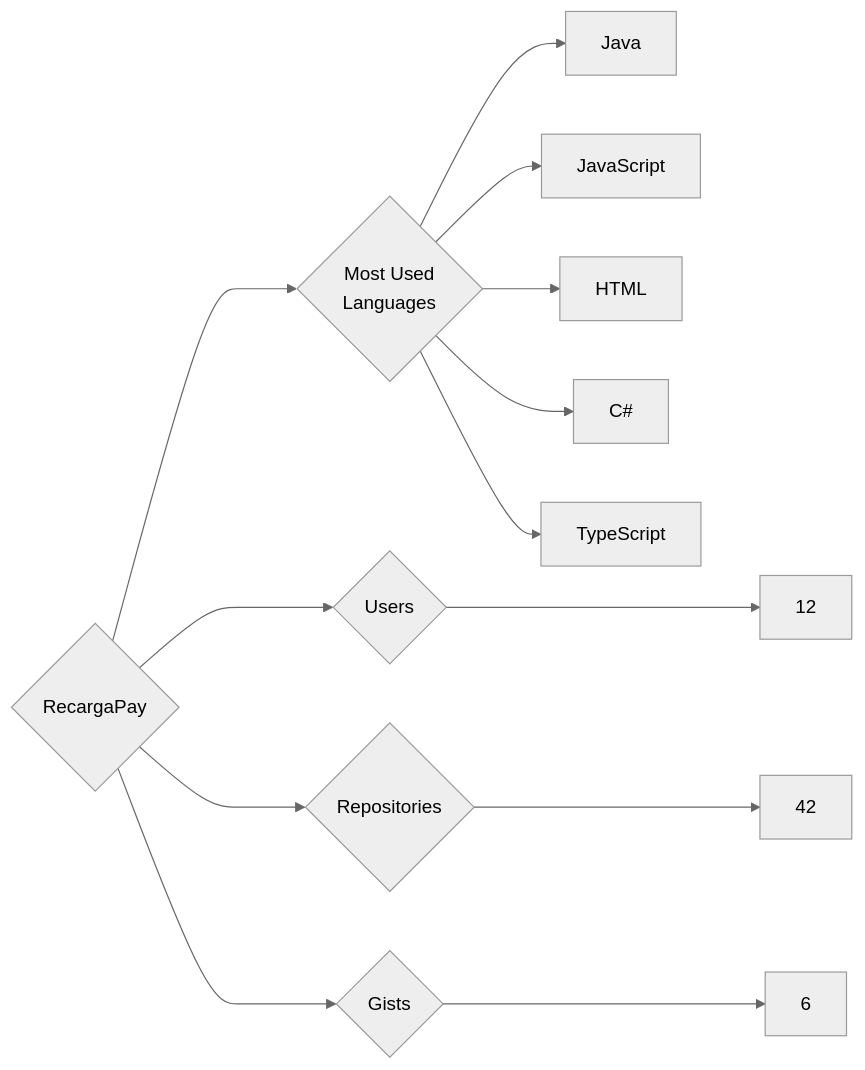
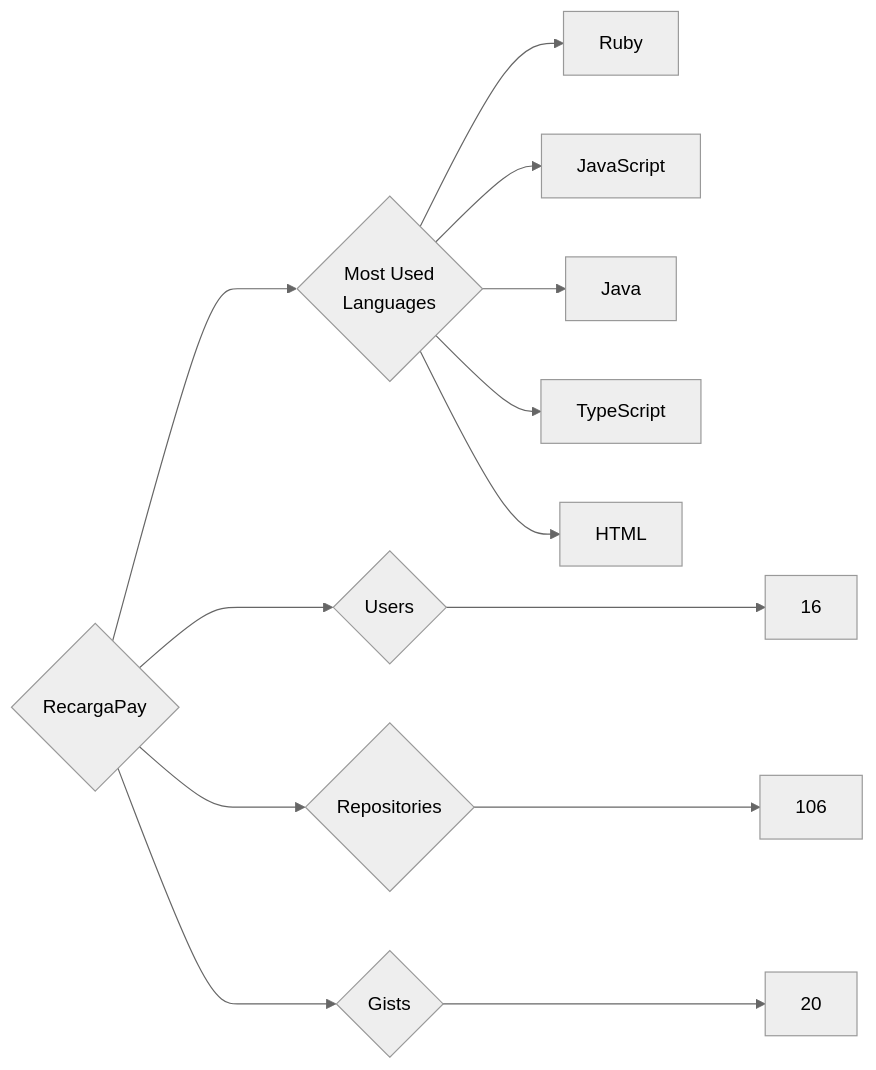
Before and after one commit to trickest/insiders: the diagram in targets/RecargaPay/README.md, drawn with Mermaid (neutral theme). The commit also changed 969 other files, not shown here.

````diff
--- a/targets/RecargaPay/README.md
+++ b/targets/RecargaPay/README.md
@@ -3,13 +3,13 @@
 ```mermaid
 graph LR
 COMPANY_NAME{RecargaPay}
-COMPANY_NAME ---> U{Users} ---> UN[12]
-COMPANY_NAME ---> R{Repositories} ---> RN[42]
-COMPANY_NAME ---> G{Gists} ---> GN[6]
+COMPANY_NAME ---> U{Users} ---> UN[16]
+COMPANY_NAME ---> R{Repositories} ---> RN[106]
+COMPANY_NAME ---> G{Gists} ---> GN[20]
 COMPANY_NAME ---> ML{Most Used<br>Languages}
+ML --> Ruby[Ruby]
+ML --> JavaScript[JavaScript]
 ML --> Java[Java]
-ML --> JavaScript[JavaScript]
+ML --> TypeScript[TypeScript]
 ML --> HTML[HTML]
-ML --> C#[C#]
-ML --> TypeScript[TypeScript]
 ```
````
